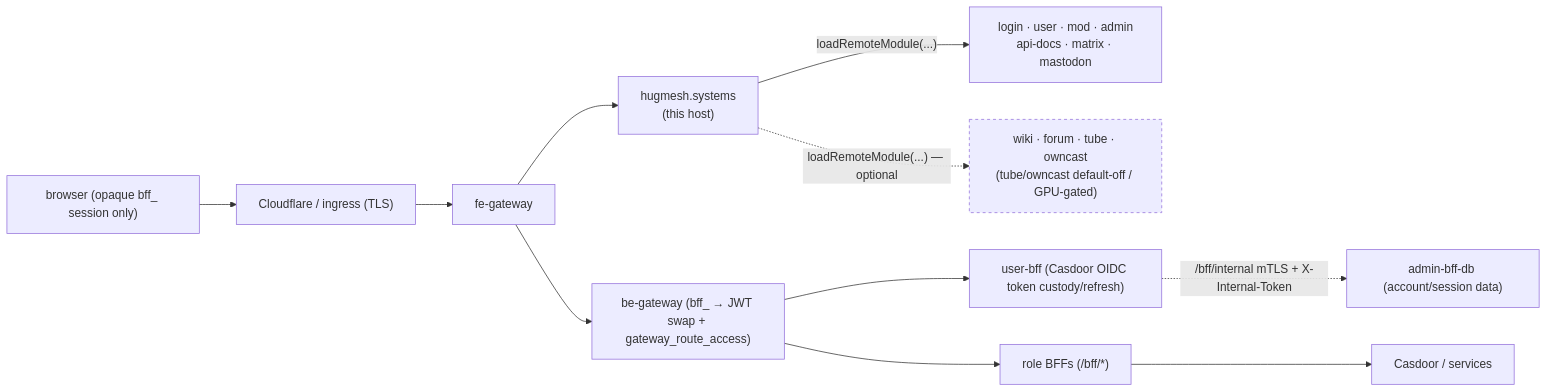
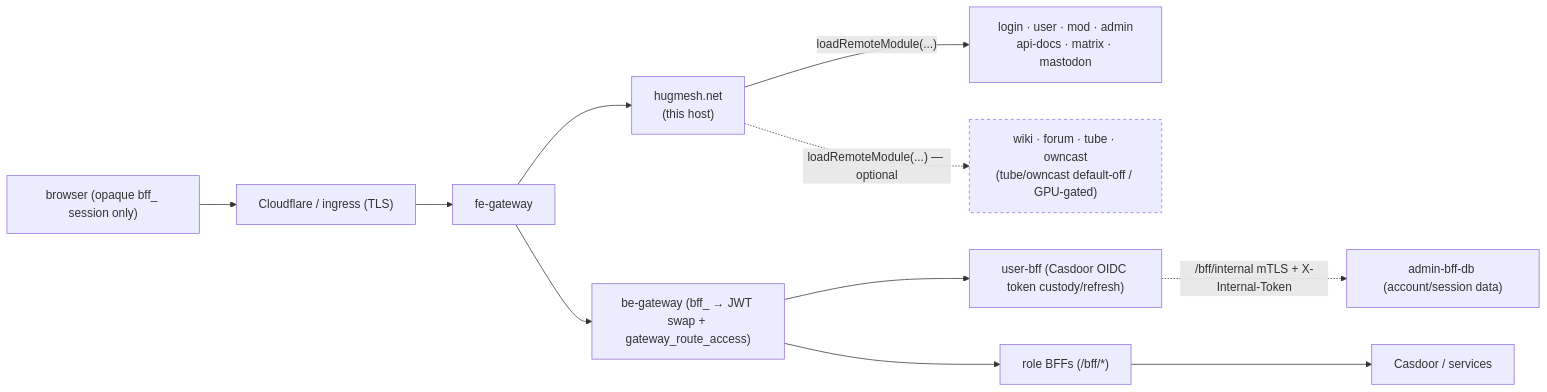
The diagram in README.md (hugmesh/hugmesh-host-shell), drawn with Mermaid before and after one commit. The commit also changed other lines of this file and 11 other files, not shown here.

First line of the commit message:
chore(rename): eliminate .systems tokens in favour of hugmesh.net

````diff
--- a/README.md
+++ b/README.md
@@ -188,16 +188,16 @@
 ```mermaid
 flowchart LR
   browser["browser (opaque bff_ session only)"] --> ingress["Cloudflare / ingress (TLS)"]
   ingress --> fe["fe-gateway"]
-  fe --> host["hugmesh.systems<br/>(this host)"]
+  fe --> host["hugmesh.net<br/>(this host)"]
   host -->|"loadRemoteModule(...)"| core["login · user · mod · admin<br/>api-docs · matrix · mastodon"]
   host -.->|"loadRemoteModule(...) — optional"| opt["wiki · forum · tube · owncast<br/>(tube/owncast default-off / GPU-gated)"]
   fe --> be["be-gateway (bff_ → JWT swap + gateway_route_access)"]
   be --> ubff["user-bff (Casdoor OIDC token custody/refresh)"]
   be --> bff["role BFFs (/bff/*)"]
   ubff -.->|"/bff/internal mTLS + X-Internal-Token"| abff["admin-bff-db (account/session data)"]
   bff --> svc["Casdoor / services"]
 
   classDef planned stroke-dasharray:4
   class opt planned
 ```
````
